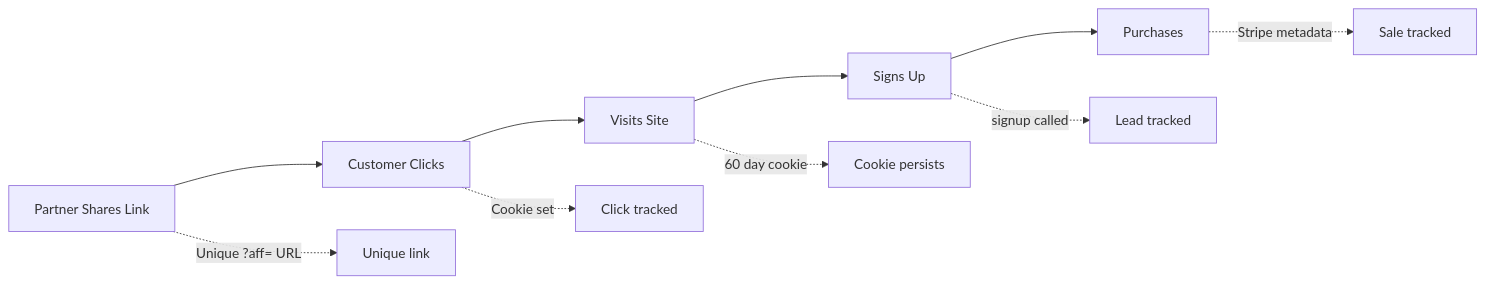
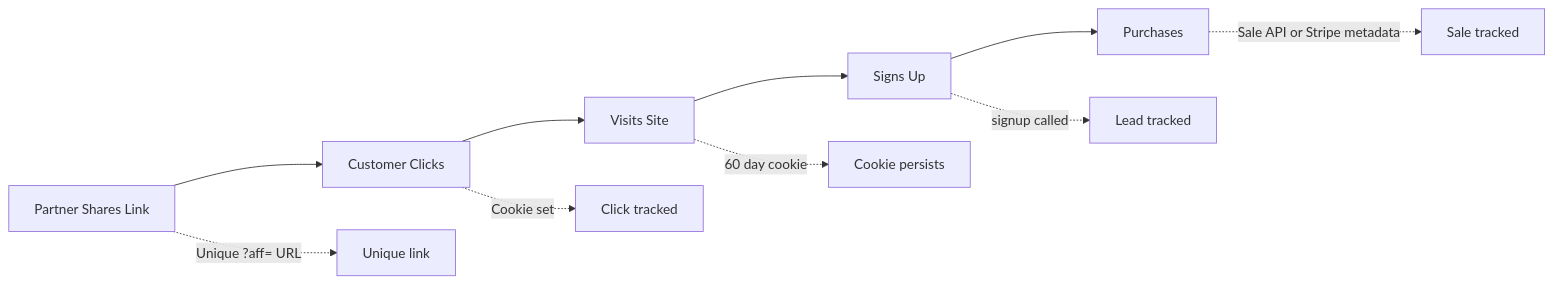
The diagram in src/content/docs/advertisers/tracking/tracking-overview.mdx (Affitor/affitor-docs), drawn with Mermaid before and after one commit. The commit also changed other lines of this file and 25 other files, not shown here.

Commit message:
docs: sync public docs with current tracking and billing flows

````diff
--- a/src/content/docs/advertisers/tracking/tracking-overview.mdx
+++ b/src/content/docs/advertisers/tracking/tracking-overview.mdx
@@ -26,13 +26,13 @@
 ```mermaid
 graph LR
     A[Partner Shares Link] --> B[Customer Clicks]
     B --> C[Visits Site]
     C --> D[Signs Up]
     D --> E[Purchases]
     
     A -.->|Unique ?aff= URL| A1[Unique link]
     B -.->|Cookie set| B1[Click tracked]
     C -.->|60 day cookie| C1[Cookie persists]
     D -.->|signup called| D1[Lead tracked]
-    E -.->|Stripe metadata| E1[Sale tracked]
+    E -.->|Sale API or Stripe metadata| E1[Sale tracked]
 ```
````
